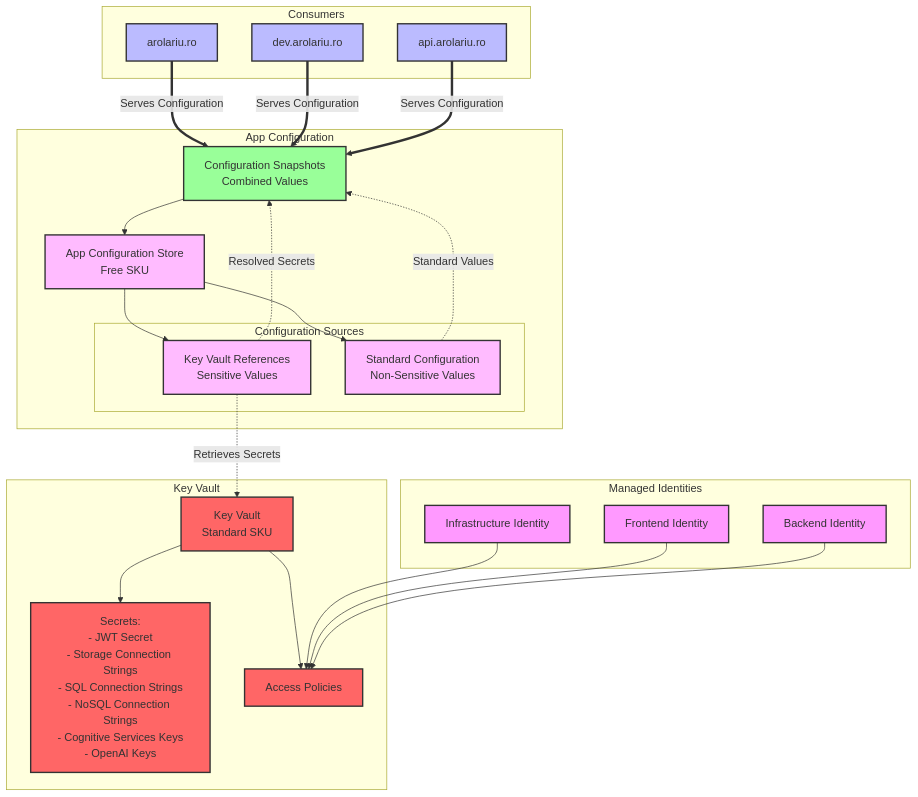
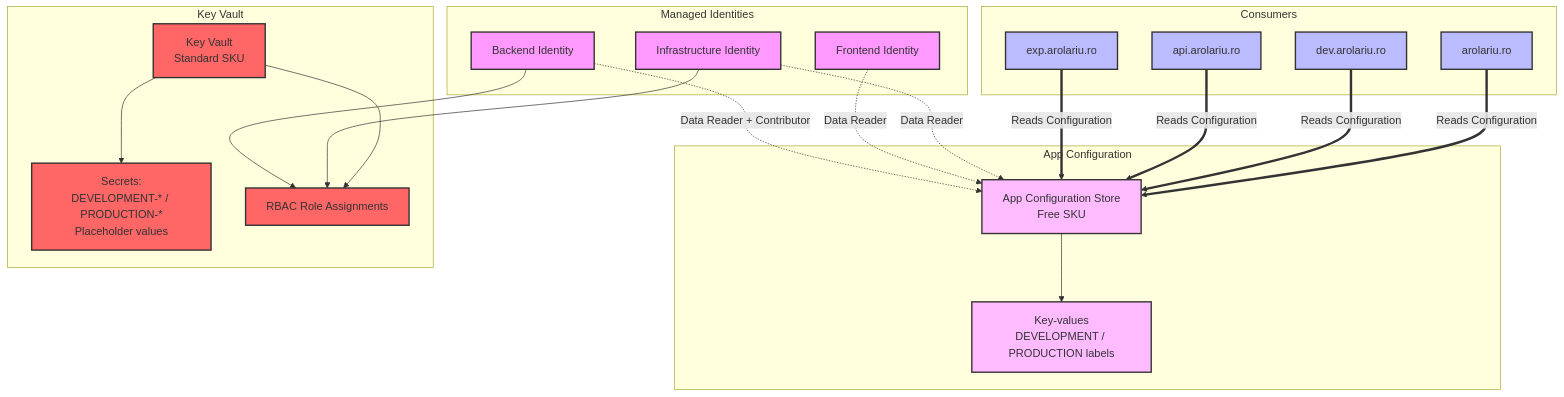
Before and after one commit to arolariu/arolariu.ro: the diagram in infra/Azure/Bicep/configuration/README.md, drawn with Mermaid. The commit also changed other lines of this file and 3 other files, not shown here.

````diff
--- a/infra/Azure/Bicep/configuration/README.md
+++ b/infra/Azure/Bicep/configuration/README.md
@@ -27,60 +26,53 @@
 ```mermaid
 graph TB
     subgraph "Consumers"
         WA_PROD[arolariu.ro]
         WA_DEV[dev.arolariu.ro]
         WA_API[api.arolariu.ro]
+        WA_EXP[exp.arolariu.ro]
     end
 
     subgraph "App Configuration"
-        SNAPSHOT[Configuration Snapshots<br/>Combined Values]
         AC[App Configuration Store<br/>Free SKU]
-        subgraph "Configuration Sources"
-            KVR[Key Vault References<br/>Sensitive Values]
-            CONFIG[Standard Configuration<br/>Non-Sensitive Values]
-        end
+        CONFIG[Key-values<br/>DEVELOPMENT / PRODUCTION labels]
     end
 
     subgraph "Key Vault"
         KV[Key Vault<br/>Standard SKU]
-        SECRETS[Secrets:<br/>- JWT Secret<br/>- Storage Connection Strings<br/>- SQL Connection Strings<br/>- NoSQL Connection Strings<br/>- Cognitive Services Keys<br/>- OpenAI Keys]
-        AP[Access Policies]
+        SECRETS[Secrets:<br/>DEVELOPMENT-* / PRODUCTION-*<br/>Placeholder values]
+        RBAC[RBAC Role Assignments]
     end
 
     subgraph "Managed Identities"
         MI_INFRA[Infrastructure Identity]
         MI_FRONTEND[Frontend Identity]
         MI_BACKEND[Backend Identity]
     end
 
-    WA_PROD ==>|Serves Configuration| SNAPSHOT
-    WA_DEV ==>|Serves Configuration| SNAPSHOT
-    WA_API ==>|Serves Configuration| SNAPSHOT
+    WA_PROD ==>|Reads Configuration| AC
+    WA_DEV ==>|Reads Configuration| AC
+    WA_API ==>|Reads Configuration| AC
+    WA_EXP ==>|Reads Configuration| AC
 
-    SNAPSHOT --> AC
-    AC --> KVR
     AC --> CONFIG
 
-    KVR -.->|Retrieves Secrets| KV
-    CONFIG -.->|Standard Values| SNAPSHOT
-    KVR -.->|Resolved Secrets| SNAPSHOT
+    KV --> SECRETS
+    KV --> RBAC
 
-    KV --> SECRETS
-    KV --> AP
+    MI_INFRA --> RBAC
+    MI_BACKEND --> RBAC
 
-    MI_INFRA --> AP
-    MI_FRONTEND --> AP
-    MI_BACKEND --> AP
+    MI_INFRA -.->|Data Reader| AC
+    MI_FRONTEND -.->|Data Reader| AC
+    MI_BACKEND -.->|Data Reader + Contributor| AC
 
     classDef consumer fill:#bbf,stroke:#333,stroke-width:2px
-    classDef snapshot fill:#9f9,stroke:#333,stroke-width:2px
     classDef config fill:#fbf,stroke:#333,stroke-width:2px
     classDef vault fill:#f66,stroke:#333,stroke-width:2px
     classDef identity fill:#f9f,stroke:#333,stroke-width:2px
 
-    class WA_PROD,WA_DEV,WA_API consumer
-    class SNAPSHOT snapshot
-    class AC,KVR,CONFIG config
-    class KV,SECRETS,AP vault
+    class WA_PROD,WA_DEV,WA_API,WA_EXP consumer
+    class AC,CONFIG config
+    class KV,SECRETS,RBAC vault
     class MI_INFRA,MI_FRONTEND,MI_BACKEND identity
 ```
````
